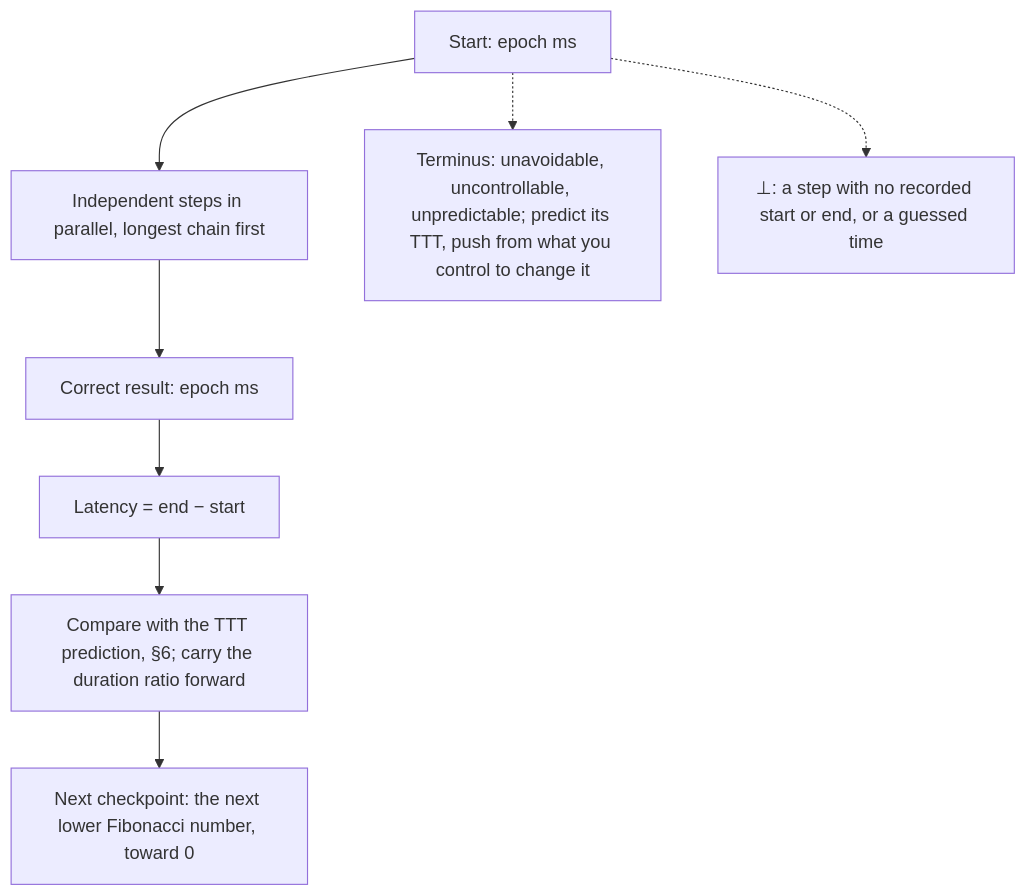
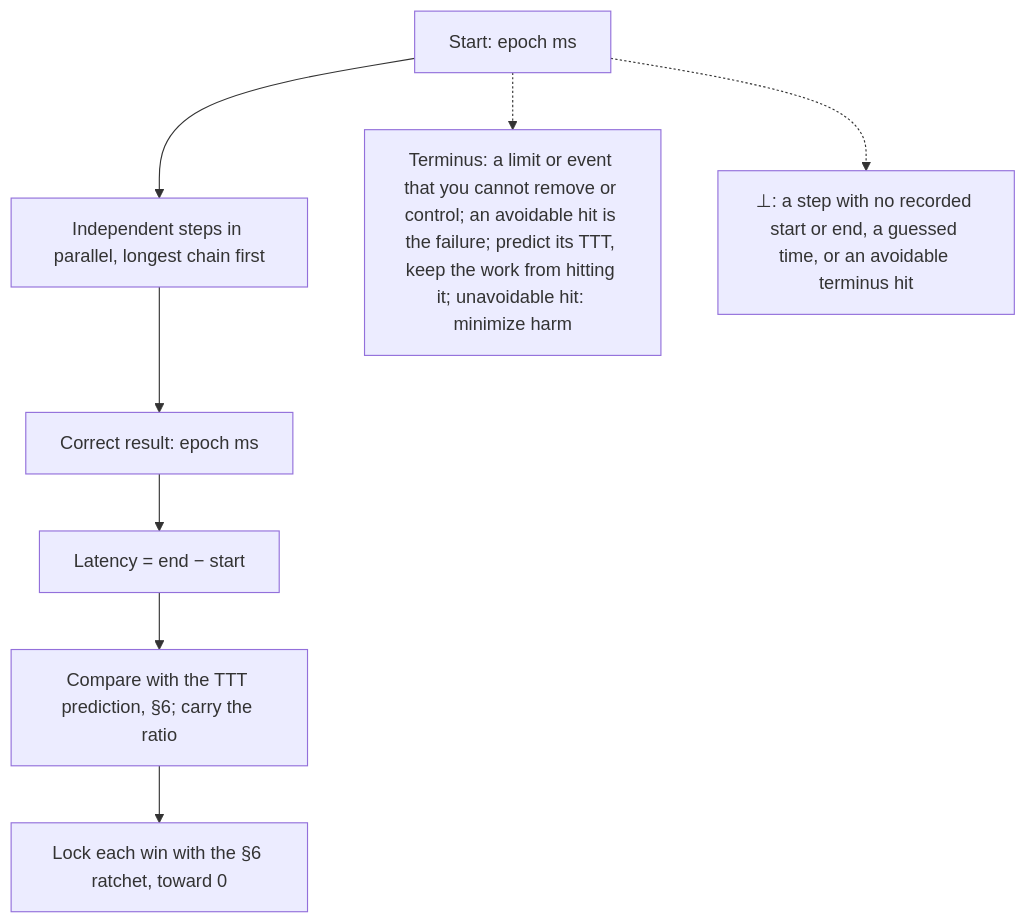
Before and after one commit to SolenixAI/arbiter: the eighth of 14 diagrams in AGENTS.md, drawn with Mermaid. The commit also changed other lines of this file and 5 other files, not shown here.

````diff
--- a/AGENTS.md
+++ b/AGENTS.md
@@ -396,7 +306,7 @@
 ```mermaid
 flowchart TD
   S["Start: epoch ms"] --> P["Independent steps in parallel, longest chain first"] --> R["Correct result: epoch ms"] --> L["Latency = end − start"]
-  L --> C["Compare with the TTT prediction, §6; carry the duration ratio forward"] --> FB["Next checkpoint: the next lower Fibonacci number, toward 0"]
-  S -.-> TM["Terminus: unavoidable, uncontrollable, unpredictable; predict its TTT, push from what you control to change it"]
-  S -.-> BOT["⊥: a step with no recorded start or end, or a guessed time"]
+  L --> C["Compare with the TTT prediction, §6; carry the ratio"] --> FB["Lock each win with the §6 ratchet, toward 0"]
+  S -.-> TM["Terminus: a limit or event that you cannot remove or control; an avoidable hit is the failure; predict its TTT, keep the work from hitting it; unavoidable hit: minimize harm"]
+  S -.-> BOT["⊥: a step with no recorded start or end, a guessed time, or an avoidable terminus hit"]
 ```
````
